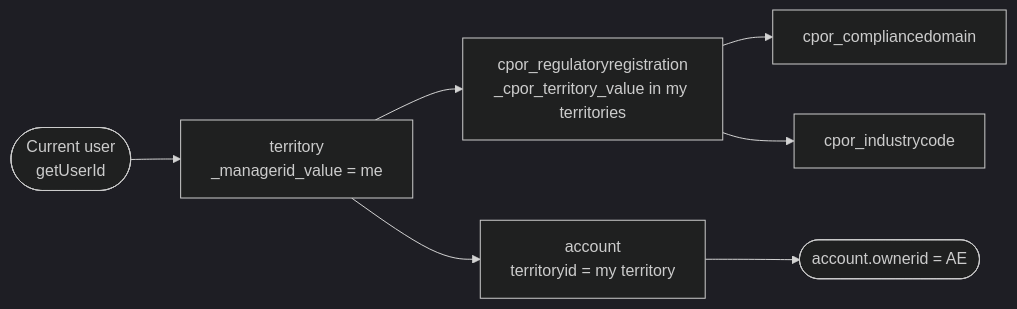
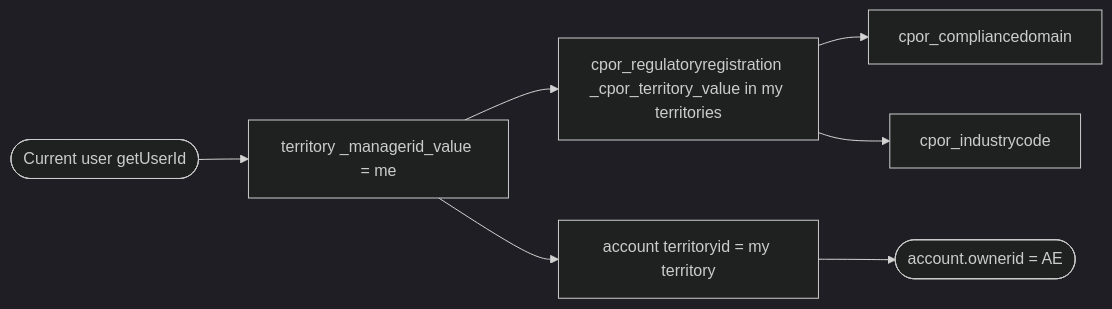
The tenth of 23 diagrams in README.md (enewbold-devops/CPOR-Industry-Engagement), drawn with Mermaid (dark theme) before and after one commit. The commit also changed other lines of this file, not shown here.

````diff
--- a/README.md
+++ b/README.md
@@ -527,9 +528,9 @@
 ```mermaid
 flowchart LR
-    ME([Current user\ngetUserId]) --> T["territory\n_managerid_value = me"]
-    T --> R["cpor_regulatoryregistration\n_cpor_territory_value in my territories"]
+    ME([Current user getUserId]) --> T["territory _managerid_value = me"]
+    T --> R["cpor_regulatoryregistration _cpor_territory_value in my territories"]
     R --> CD[cpor_compliancedomain]
     R --> IC[cpor_industrycode]
-    T --> ACC["account\nterritoryid = my territory"]
+    T --> ACC["account territoryid = my territory"]
     ACC --> AE([account.ownerid = AE])
 ```
````
